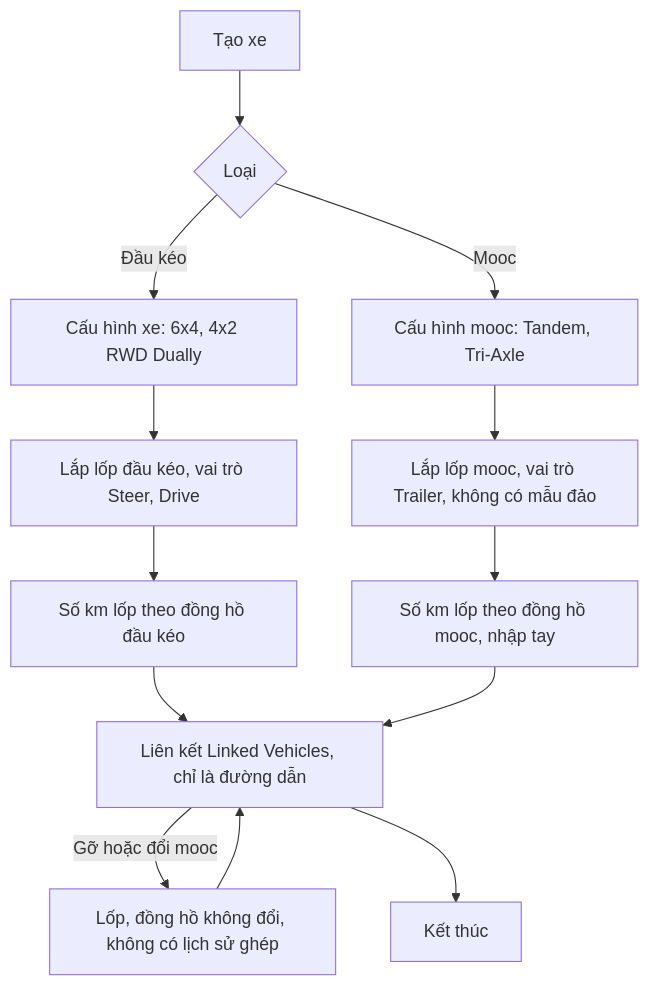
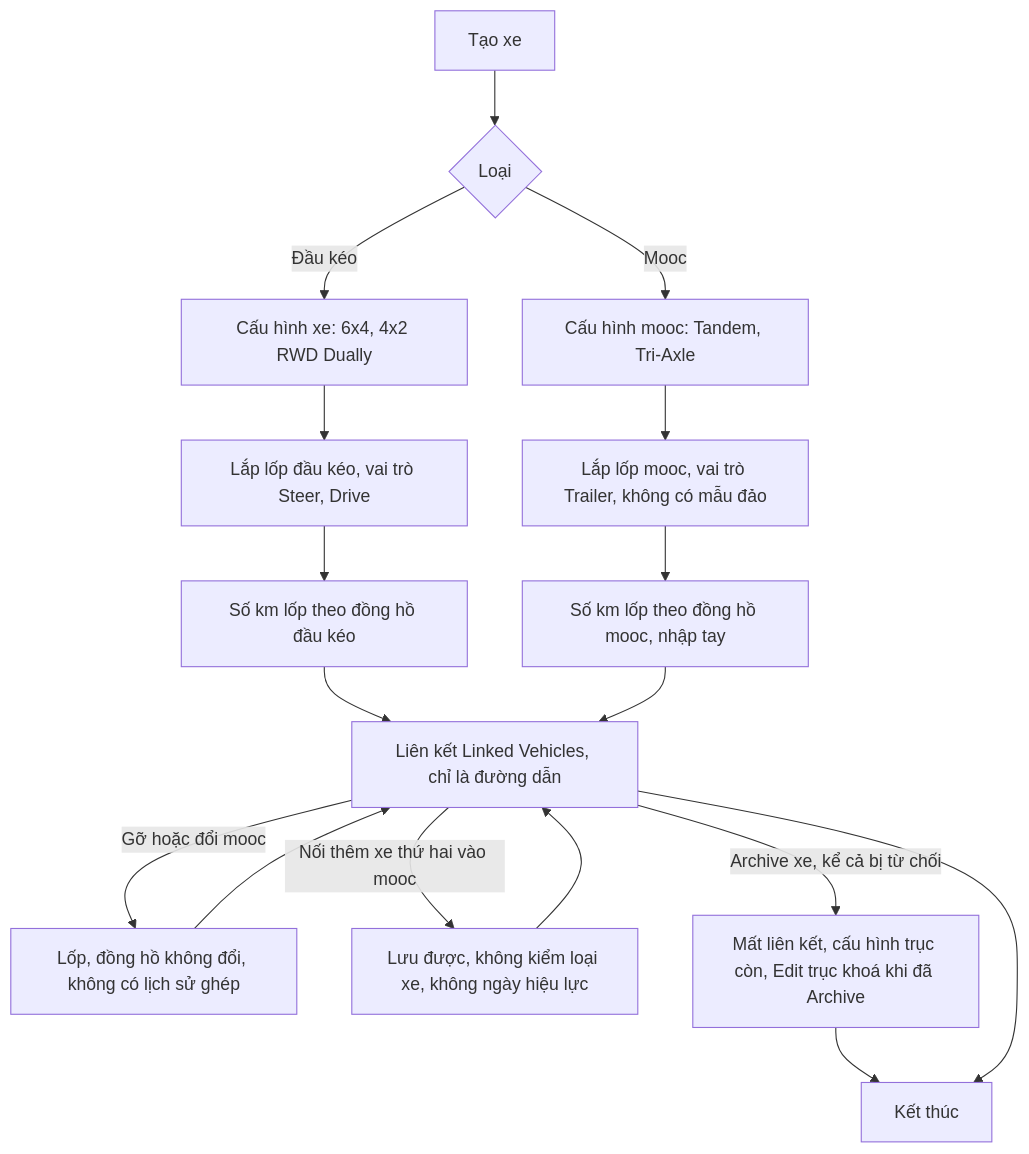
Before and after one commit to szitphan/invlogis: the ninth of 12 diagrams in docs/_research/fleetio/srs/fleetio-tires-flows.md, drawn with Mermaid. The commit also changed other lines of this file and 113 other files, not shown here.

````diff
--- a/docs/_research/fleetio/srs/fleetio-tires-flows.md
+++ b/docs/_research/fleetio/srs/fleetio-tires-flows.md
@@ -202,15 +202,19 @@
 ```mermaid
 flowchart TD
     A["Tạo xe"] --> B{"Loại"}
     B -->|"Đầu kéo"| C["Cấu hình xe: 6x4, 4x2 RWD Dually"]
     B -->|"Mooc"| D["Cấu hình mooc: Tandem, Tri-Axle"]
     C --> E["Lắp lốp đầu kéo, vai trò Steer, Drive"]
     D --> F["Lắp lốp mooc, vai trò Trailer, không có mẫu đảo"]
     E --> G["Số km lốp theo đồng hồ đầu kéo"]
     F --> H["Số km lốp theo đồng hồ mooc, nhập tay"]
     G --> I["Liên kết Linked Vehicles, chỉ là đường dẫn"]
     H --> I
     I -->|"Gỡ hoặc đổi mooc"| J["Lốp, đồng hồ không đổi, không có lịch sử ghép"]
     J --> I
-    I --> KetThuc["Kết thúc"]
+    I -->|"Nối thêm xe thứ hai vào mooc"| N["Lưu được, không kiểm loại xe, không ngày hiệu lực"]
+    N --> I
+    I -->|"Archive xe, kể cả bị từ chối"| R["Mất liên kết, cấu hình trục còn, Edit trục khoá khi đã Archive"]
+    R --> KetThuc["Kết thúc"]
+    I --> KetThuc
 ```
````
